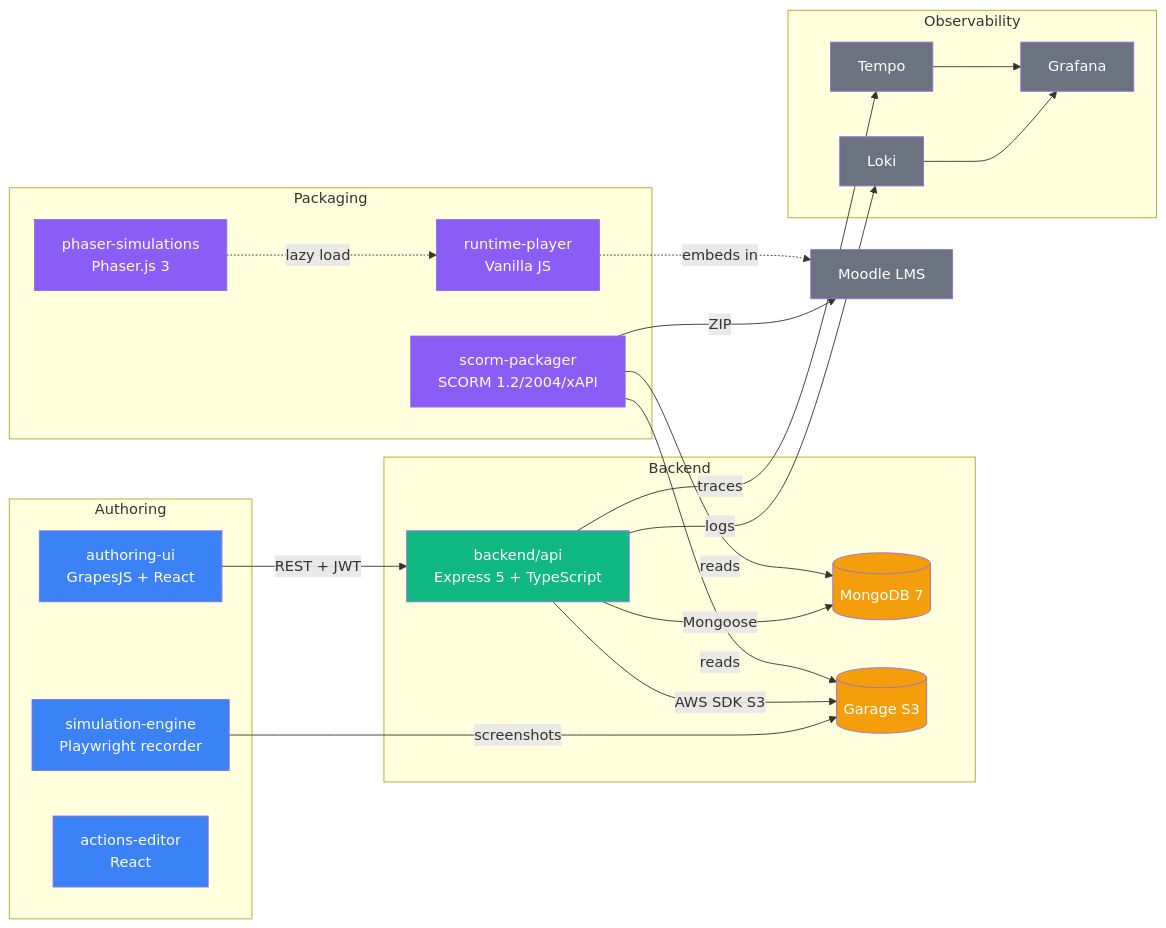
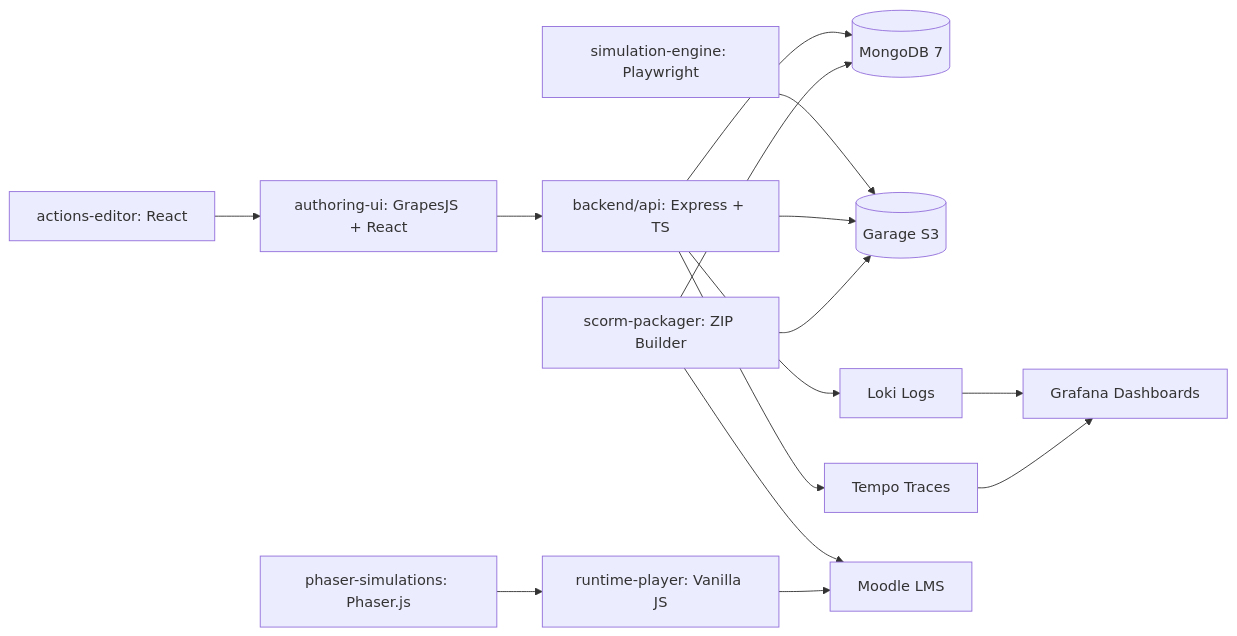
The first of 3 diagrams in README.md (canocampus/elearn-studio), drawn with Mermaid before and after one commit. The commit also changed other lines of this file and 1 other file, not shown here.

Commit message:
fix(docs): align mcQuestionWidget schema and simplify README diagram
- capture-screenshots.ts: fix mcQuestionWidget to use MCExtendedProps
  shape (options as {id,text,isCorrect}[], feedbackCorrect/Incorrect,
  scoring) — was using an old flat schema that mismatched the question
  engine types; also corrected bounds height
- README.md: simplify Mermaid diagram — remove classDef styling that
  some renderers reject, keep the same topology

````diff
--- a/README.md
+++ b/README.md
@@ -21,46 +21,33 @@
 ```mermaid
 graph LR
-  classDef frontend fill:#3B82F6,color:#fff
-  classDef backend fill:#10B981,color:#fff
-  classDef storage fill:#F59E0B,color:#fff
-  classDef pkg fill:#8B5CF6,color:#fff
-  classDef infra fill:#6B7280,color:#fff
+  UI[authoring-ui: GrapesJS + React]
+  SE[simulation-engine: Playwright]
+  AE[actions-editor: React]
+  
+  SP[scorm-packager: ZIP Builder]
+  RP[runtime-player: Vanilla JS]
+  PS[phaser-simulations: Phaser.js]
+  
+  API[backend/api: Express + TS]
+  DB[(MongoDB 7)]
+  GRG[(Garage S3)]
+  
+  GF[Grafana Dashboards]
+  LK[Loki Logs]
+  TM[Tempo Traces]
 
-  subgraph Authoring
-    UI[authoring-ui<br/>GrapesJS + React]:::frontend
-    SE[simulation-engine<br/>Playwright recorder]:::frontend
-    AE[actions-editor<br/>React]:::frontend
-  end
-
-  subgraph Packaging
-    SP[scorm-packager<br/>SCORM 1.2/2004/xAPI]:::pkg
-    RP[runtime-player<br/>Vanilla JS]:::pkg
-    PS[phaser-simulations<br/>Phaser.js 3]:::pkg
-  end
-
-  subgraph Backend
-    API[backend/api<br/>Express 5 + TypeScript]:::backend
-    DB[(MongoDB 7)]:::storage
-    GRG[(Garage S3)]:::storage
-  end
-
-  subgraph Observability
-    GF[Grafana]:::infra
-    LK[Loki]:::infra
-    TM[Tempo]:::infra
-  end
-
-  UI -->|REST + JWT| API
-  SE -->|screenshots| GRG
-  API -->|Mongoose| DB
-  API -->|AWS SDK S3| GRG
-  SP -->|reads| DB
-  SP -->|reads| GRG
-  SP -->|ZIP| LMS[Moodle LMS]:::infra
-  RP -.->|embeds in| LMS
-  PS -.->|lazy load| RP
-  API -->|logs| LK
-  API -->|traces| TM
+  UI --> API
+  AE --> UI
+  SE --> GRG
+  API --> DB
+  API --> GRG
+  SP --> DB
+  SP --> GRG
+  SP --> LMS[Moodle LMS]
+  RP --> LMS
+  PS --> RP
+  API --> LK
+  API --> TM
   LK --> GF
   TM --> GF
 ```
````
